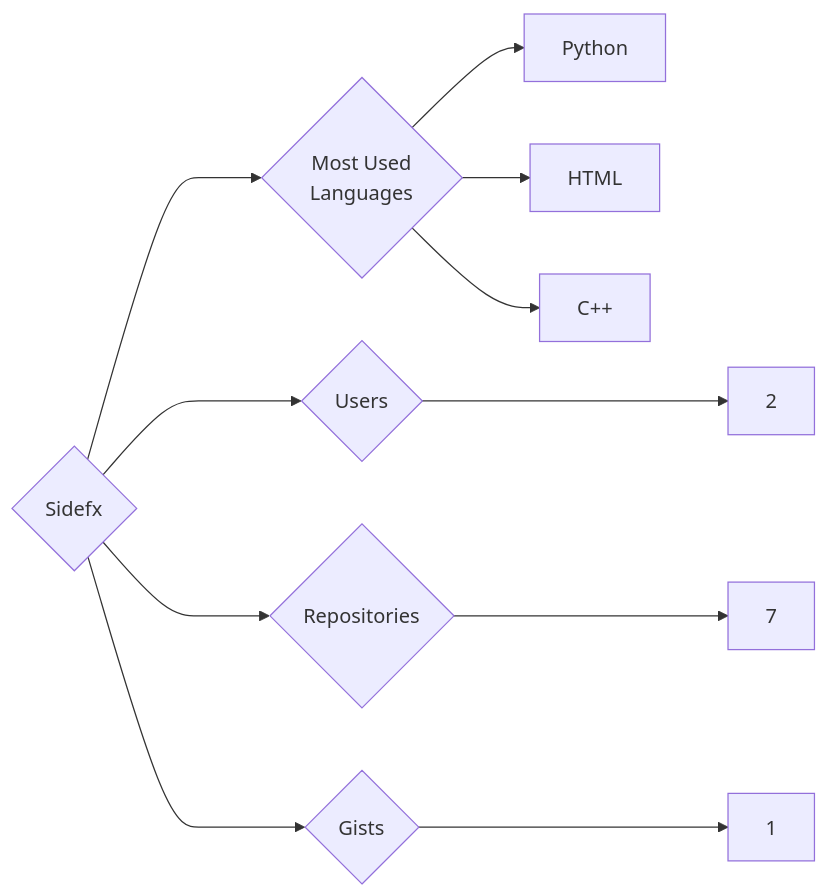
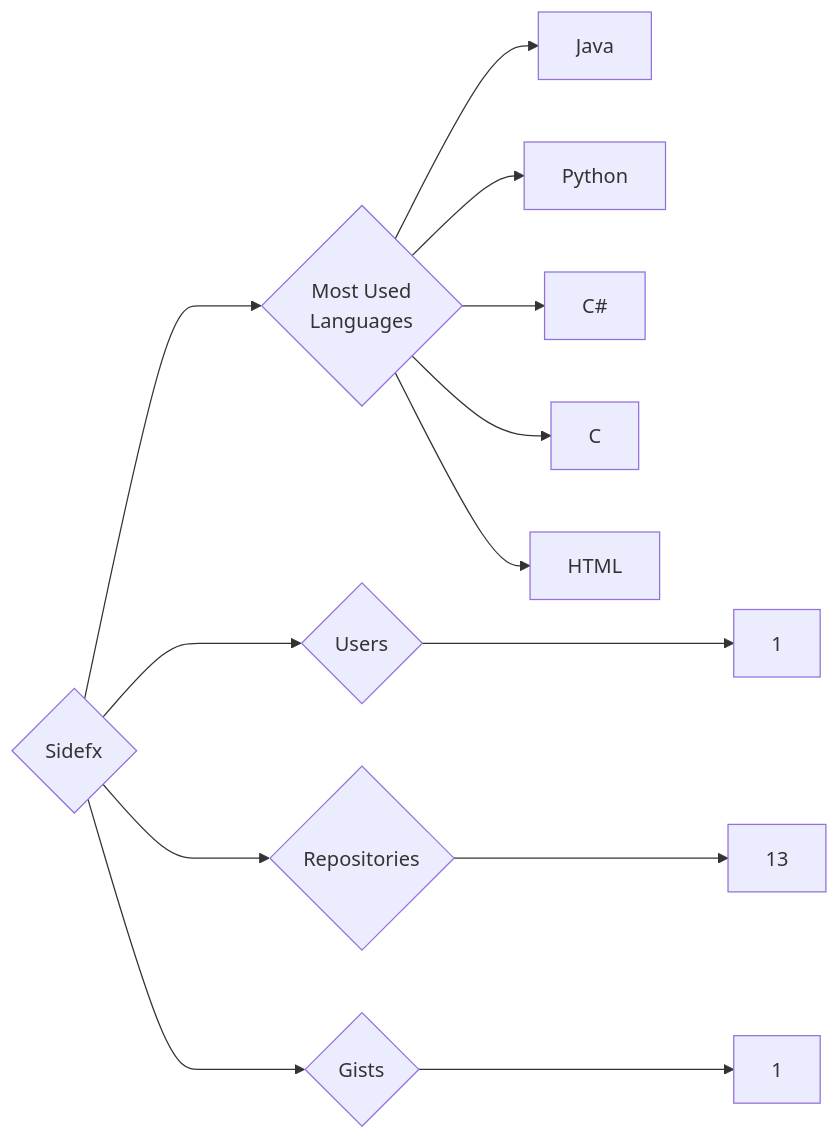
The diagram in targets/Sidefx/README.md (trickest/insiders), drawn with Mermaid before and after one commit. The commit also changed 597 other files, not shown here.

````diff
--- a/targets/Sidefx/README.md
+++ b/targets/Sidefx/README.md
@@ -3,11 +3,13 @@
 ```mermaid
 graph LR
 COMPANY_NAME{Sidefx}
-COMPANY_NAME ---> U{Users} ---> UN[2]
-COMPANY_NAME ---> R{Repositories} ---> RN[7]
+COMPANY_NAME ---> U{Users} ---> UN[1]
+COMPANY_NAME ---> R{Repositories} ---> RN[13]
 COMPANY_NAME ---> G{Gists} ---> GN[1]
 COMPANY_NAME ---> ML{Most Used<br>Languages}
+ML --> Java[Java]
 ML --> Python[Python]
+ML --> C#[C#]
+ML --> C[C]
 ML --> HTML[HTML]
-ML --> C++[C++]
 ```
````
